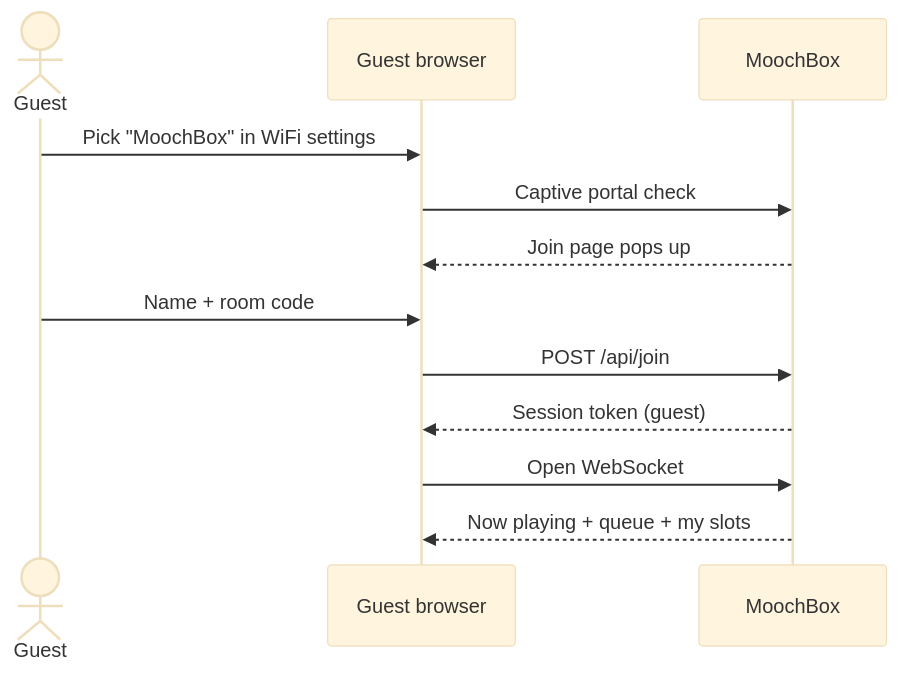
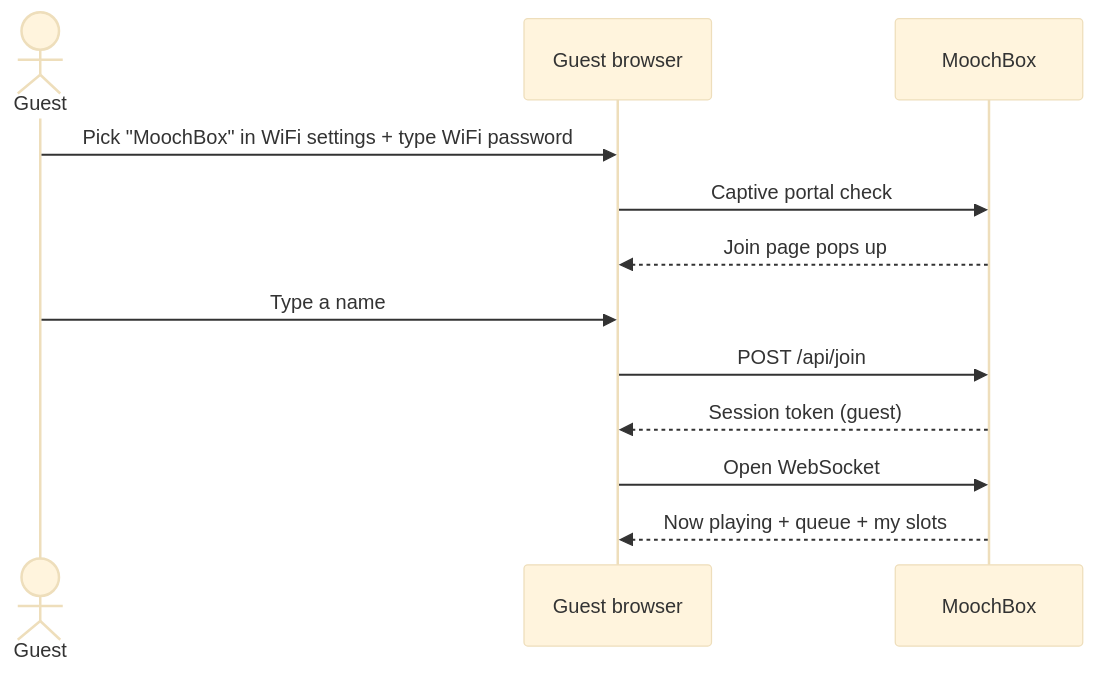
Before and after one commit to arshiyasharma/MoochBox: the third of 5 diagrams in plan.md, drawn with Mermaid (base theme). The commit also changed other lines of this file and 2 other files, not shown here.

First line of the commit message:
Use the MoochBox WiFi password as room access, drop the room code

````diff
--- a/plan.md
+++ b/plan.md
@@ -227,15 +230,15 @@
 ```mermaid
 sequenceDiagram
     actor Guest
     participant Phone as Guest browser
     participant ESP as MoochBox
 
-    Guest->>Phone: Pick "MoochBox" in WiFi settings
+    Guest->>Phone: Pick "MoochBox" in WiFi settings + type WiFi password
     Phone->>ESP: Captive portal check
     ESP-->>Phone: Join page pops up
-    Guest->>Phone: Name + room code
+    Guest->>Phone: Type a name
     Phone->>ESP: POST /api/join
     ESP-->>Phone: Session token (guest)
     Phone->>ESP: Open WebSocket
     ESP-->>Phone: Now playing + queue + my slots
 ```
````
